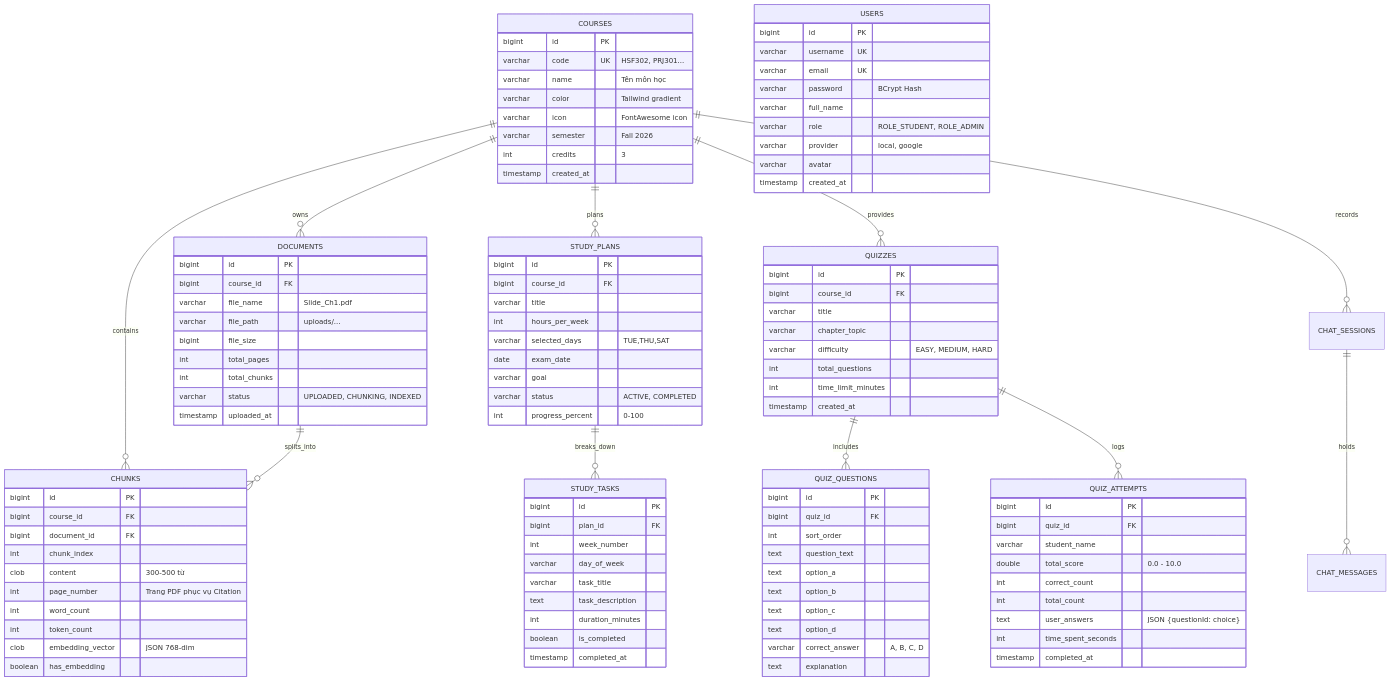
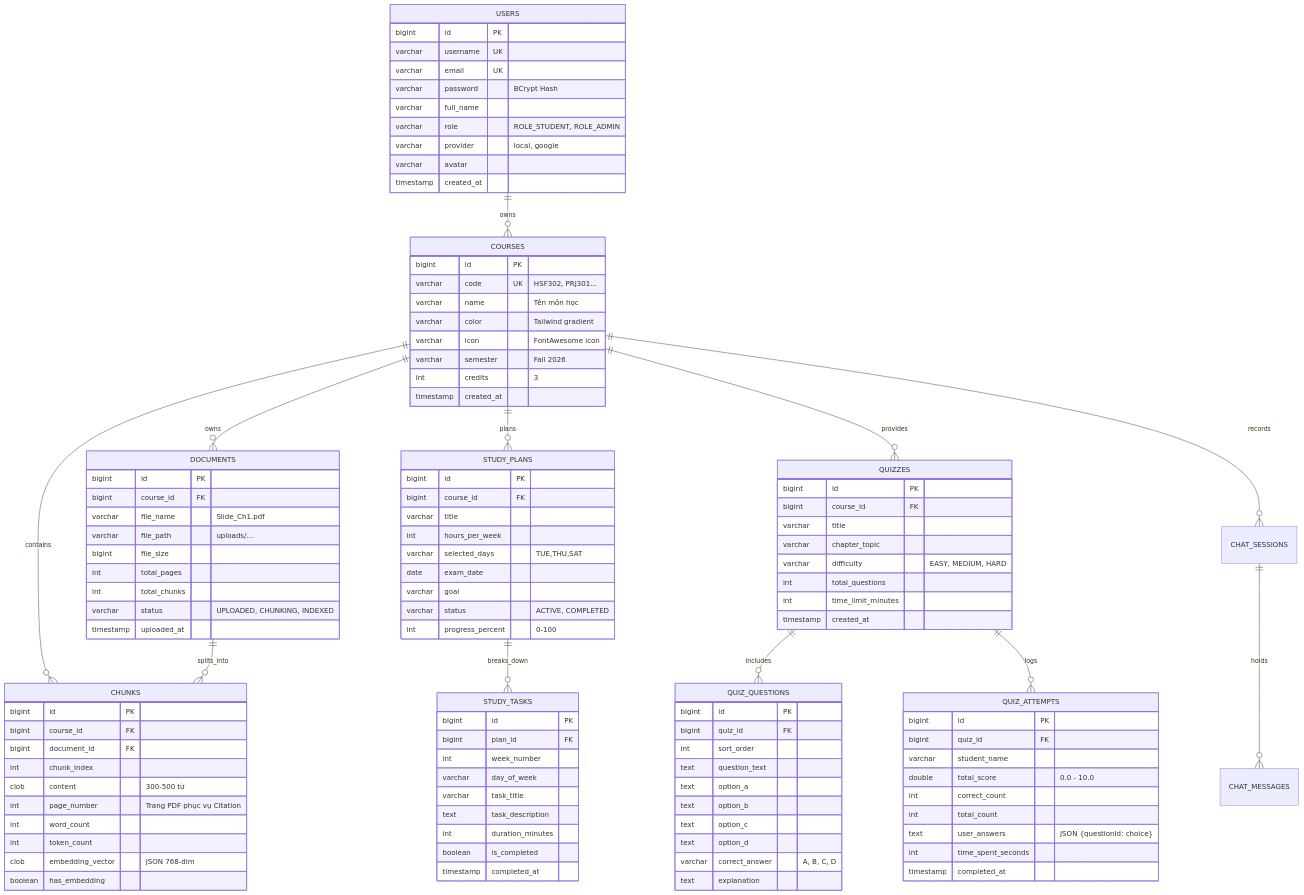
Before and after one commit to Tung-pro123/Smart-StudyHub-RAG: the second of 2 diagrams in docs/01-system-specification.md, drawn with Mermaid. The commit also changed other lines of this file and 7 other files, not shown here.

````diff
--- a/docs/01-system-specification.md
+++ b/docs/01-system-specification.md
@@ -191,5 +195,6 @@
 ```mermaid
 erDiagram
+    USERS ||--o{ COURSES : owns
     COURSES ||--o{ CHUNKS : contains
     COURSES ||--o{ DOCUMENTS : owns
     COURSES ||--o{ STUDY_PLANS : plans
````
